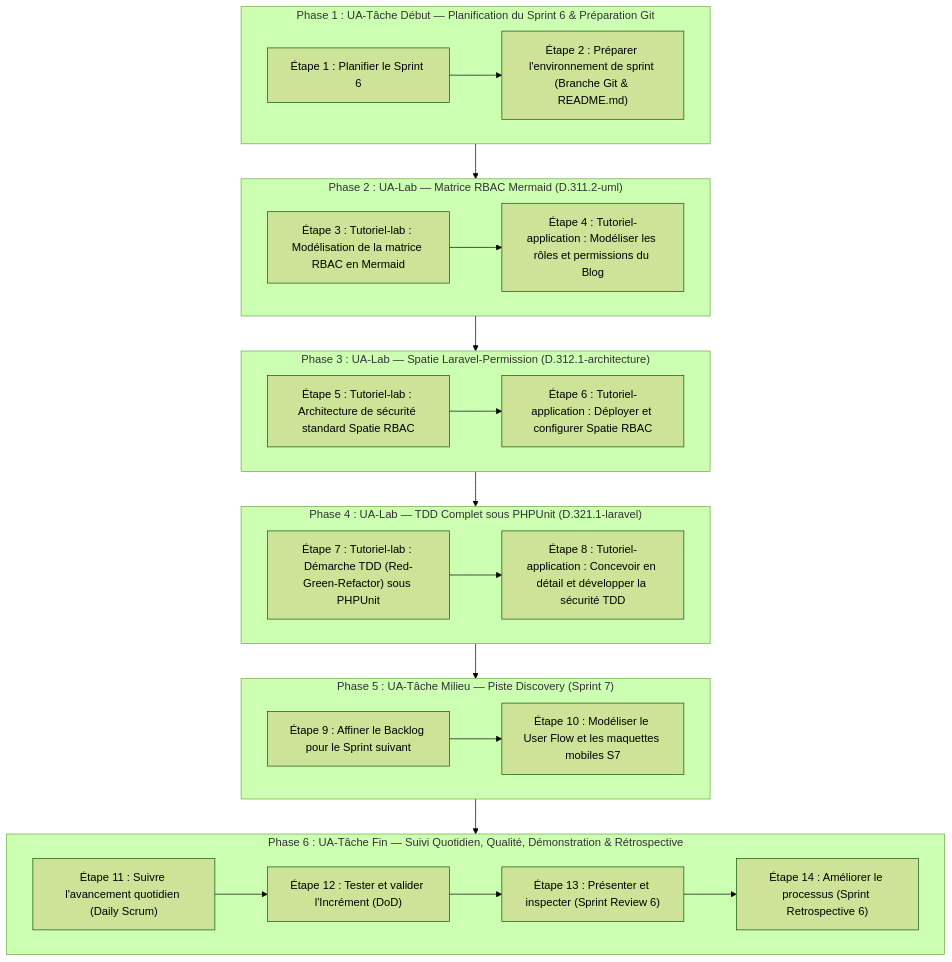
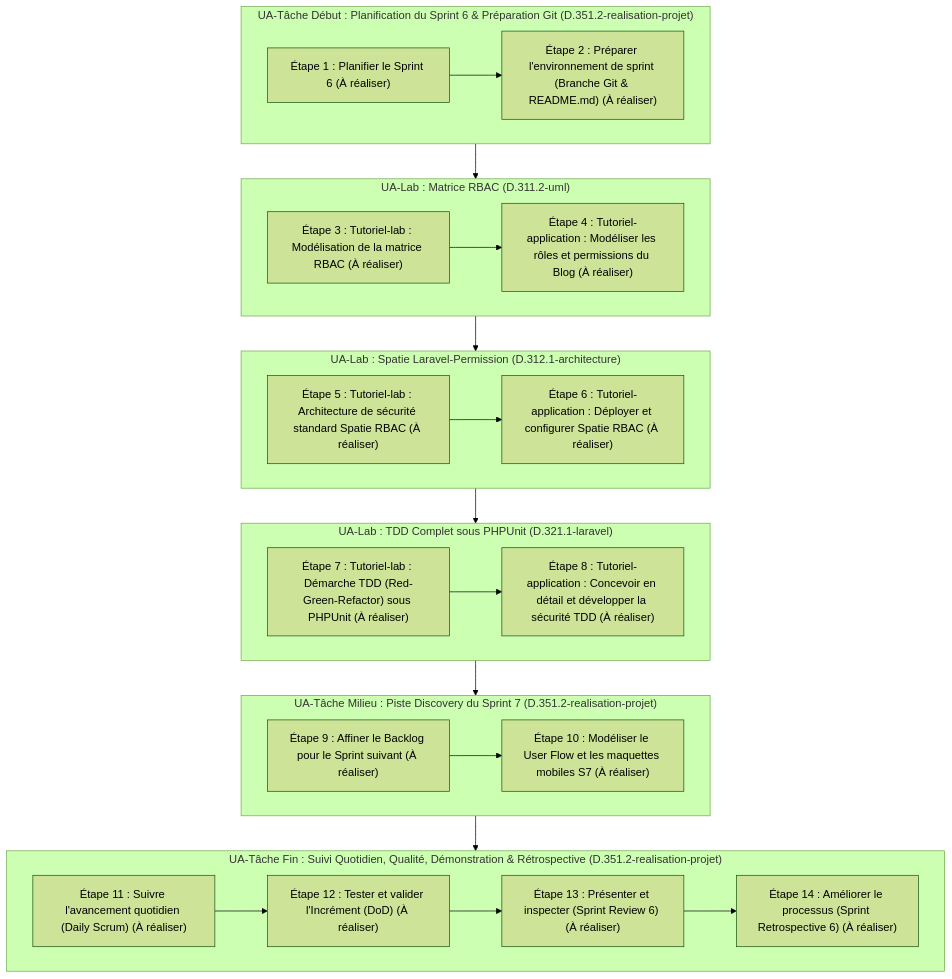
The diagram in flux-travail/sessions/flux-travail-s6.md (labs-web/projet-imiation-n3), drawn with Mermaid (forest theme) before and after one commit. The commit also changed other lines of this file and 8 other files, not shown here.

````diff
--- a/flux-travail/sessions/flux-travail-s6.md
+++ b/flux-travail/sessions/flux-travail-s6.md
@@ -56,42 +69,42 @@
 ```mermaid
 flowchart TD
-    subgraph P1 ["Phase 1 : UA-Tâche Début — Planification du Sprint 6 & Préparation Git"]
-        E1["Étape 1 : Planifier le Sprint 6"]
-        E2["Étape 2 : Préparer l'environnement de sprint (Branche Git & README.md)"]
+    subgraph UA1 ["UA-Tâche Début : Planification du Sprint 6 & Préparation Git (D.351.2-realisation-projet)"]
+        E1["Étape 1 : Planifier le Sprint 6 (À réaliser)"]
+        E2["Étape 2 : Préparer l'environnement de sprint (Branche Git & README.md) (À réaliser)"]
         E1 --> E2
     end
 
-    subgraph P2 ["Phase 2 : UA-Lab — Matrice RBAC Mermaid (D.311.2-uml)"]
-        E3["Étape 3 : Tutoriel-lab : Modélisation de la matrice RBAC en Mermaid"]
-        E4["Étape 4 : Tutoriel-application : Modéliser les rôles et permissions du Blog"]
+    subgraph UA2 ["UA-Lab : Matrice RBAC (D.311.2-uml)"]
+        E3["Étape 3 : Tutoriel-lab : Modélisation de la matrice RBAC (À réaliser)"]
+        E4["Étape 4 : Tutoriel-application : Modéliser les rôles et permissions du Blog (À réaliser)"]
         E3 --> E4
     end
 
-    subgraph P3 ["Phase 3 : UA-Lab — Spatie Laravel-Permission (D.312.1-architecture)"]
-        E5["Étape 5 : Tutoriel-lab : Architecture de sécurité standard Spatie RBAC"]
-        E6["Étape 6 : Tutoriel-application : Déployer et configurer Spatie RBAC"]
+    subgraph UA3 ["UA-Lab : Spatie Laravel-Permission (D.312.1-architecture)"]
+        E5["Étape 5 : Tutoriel-lab : Architecture de sécurité standard Spatie RBAC (À réaliser)"]
+        E6["Étape 6 : Tutoriel-application : Déployer et configurer Spatie RBAC (À réaliser)"]
         E5 --> E6
     end
 
-    subgraph P4 ["Phase 4 : UA-Lab — TDD Complet sous PHPUnit (D.321.1-laravel)"]
-        E7["Étape 7 : Tutoriel-lab : Démarche TDD (Red-Green-Refactor) sous PHPUnit"]
-        E8["Étape 8 : Tutoriel-application : Concevoir en détail et développer la sécurité TDD"]
+    subgraph UA4 ["UA-Lab : TDD Complet sous PHPUnit (D.321.1-laravel)"]
+        E7["Étape 7 : Tutoriel-lab : Démarche TDD (Red-Green-Refactor) sous PHPUnit (À réaliser)"]
+        E8["Étape 8 : Tutoriel-application : Concevoir en détail et développer la sécurité TDD (À réaliser)"]
         E7 --> E8
     end
 
-    subgraph P5 ["Phase 5 : UA-Tâche Milieu — Piste Discovery (Sprint 7)"]
-        E9["Étape 9 : Affiner le Backlog pour le Sprint suivant"]
-        E10["Étape 10 : Modéliser le User Flow et les maquettes mobiles S7"]
+    subgraph UA5 ["UA-Tâche Milieu : Piste Discovery du Sprint 7 (D.351.2-realisation-projet)"]
+        E9["Étape 9 : Affiner le Backlog pour le Sprint suivant (À réaliser)"]
+        E10["Étape 10 : Modéliser le User Flow et les maquettes mobiles S7 (À réaliser)"]
         E9 --> E10
     end
 
-    subgraph P6 ["Phase 6 : UA-Tâche Fin — Suivi Quotidien, Qualité, Démonstration & Rétrospective"]
-        E11["Étape 11 : Suivre l'avancement quotidien (Daily Scrum)"]
-        E12["Étape 12 : Tester et valider l'Incrément (DoD)"]
-        E13["Étape 13 : Présenter et inspecter (Sprint Review 6)"]
-        E14["Étape 14 : Améliorer le processus (Sprint Retrospective 6)"]
+    subgraph UA6 ["UA-Tâche Fin : Suivi Quotidien, Qualité, Démonstration & Rétrospective (D.351.2-realisation-projet)"]
+        E11["Étape 11 : Suivre l'avancement quotidien (Daily Scrum) (À réaliser)"]
+        E12["Étape 12 : Tester et valider l'Incrément (DoD) (À réaliser)"]
+        E13["Étape 13 : Présenter et inspecter (Sprint Review 6) (À réaliser)"]
+        E14["Étape 14 : Améliorer le processus (Sprint Retrospective 6) (À réaliser)"]
         E11 --> E12 --> E13 --> E14
     end
 
-    P1 --> P2 --> P3 --> P4 --> P5 --> P6
+    UA1 --> UA2 --> UA3 --> UA4 --> UA5 --> UA6
 ```
````
